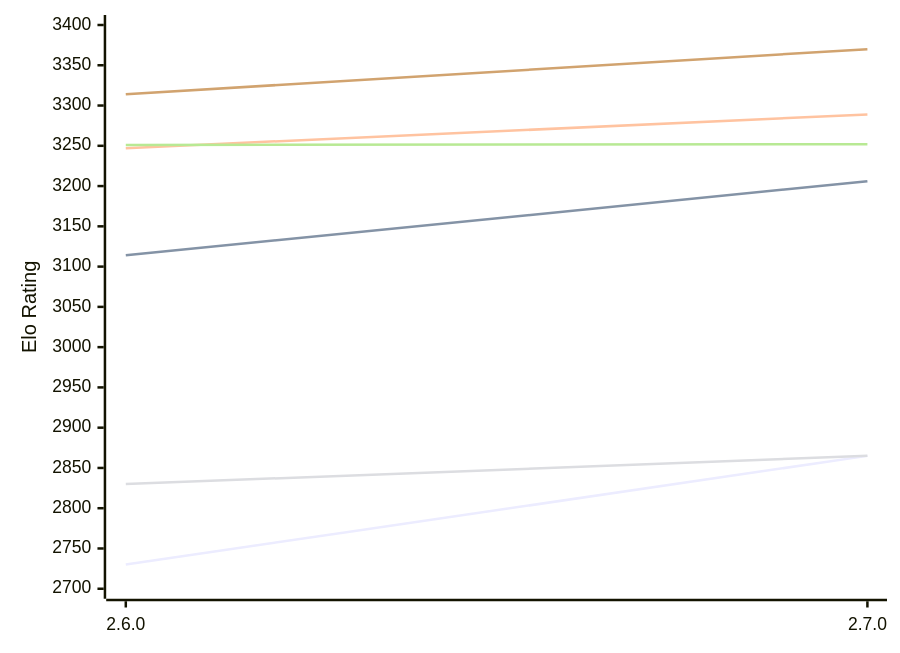
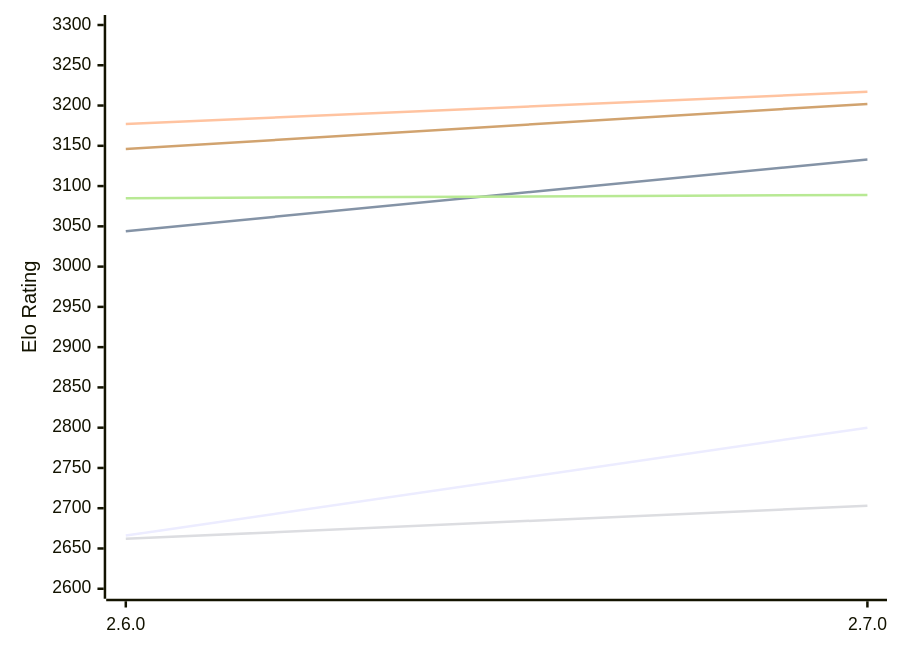
The first of 2 diagrams in engines/Sturddle2.md (computer-chess-index/cci), drawn with Mermaid before and after one commit. The commit also changed other lines of this file, not shown here.

Commit message:
Update CCI Ratings (ELO VLTC) - 2026-11-13

````diff
--- a/engines/Sturddle2.md
+++ b/engines/Sturddle2.md
@@ -51,12 +51,12 @@
 ```mermaid
 %%{init: {"theme":"base","themeVariables":{"seriesColors:['#a3a3a3','#222221','#faa371']}}}%%
 xychart-beta
   x-axis ["2.6.0", "2.7.0"]
-  y-axis "Elo Rating" 2700 --> 3400
-  line "E1: STC (8.0+0.08s)" [2730, 2865]
-  line "E1: LTC (60.0+0.60s)" [3114, 3206]
-  line "E1: VLTC (2m24s+1.12s)" [3247, 3289]
-  line "P1: STC (8.0+0.08s)" [2830, 2865]
-  line "P1: LTC (60.0+0.60s)" [3251, 3252]
-  line "P1: VLTC (2m24s+1.12s)" [3314, 3370]
+  y-axis "Elo Rating" 2600 --> 3300
+  line "E1: STC (8.0+0.08s)" [2666, 2800]
+  line "E1: LTC (60.0+0.60s)" [3044, 3133]
+  line "E1: VLTC (2m24s+1.12s)" [3177, 3217]
+  line "P1: STC (8.0+0.08s)" [2662, 2703]
+  line "P1: LTC (60.0+0.60s)" [3085, 3089]
+  line "P1: VLTC (2m24s+1.12s)" [3146, 3202]
 ```
````
